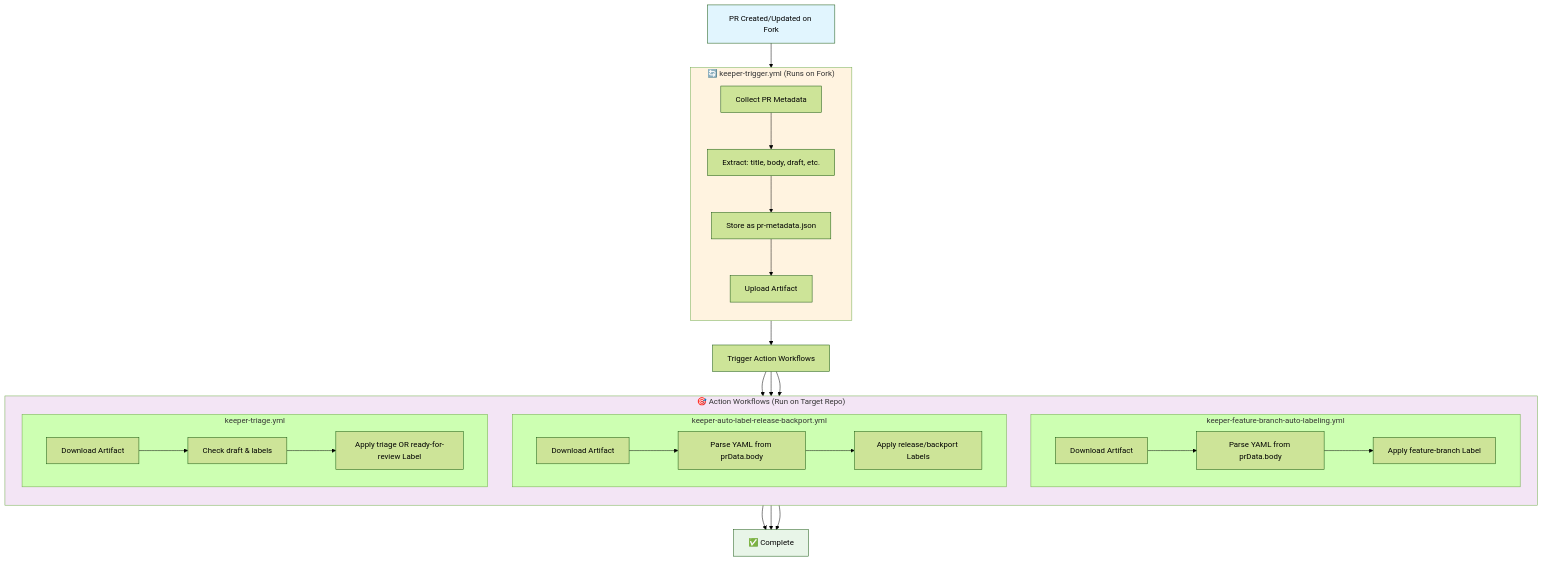
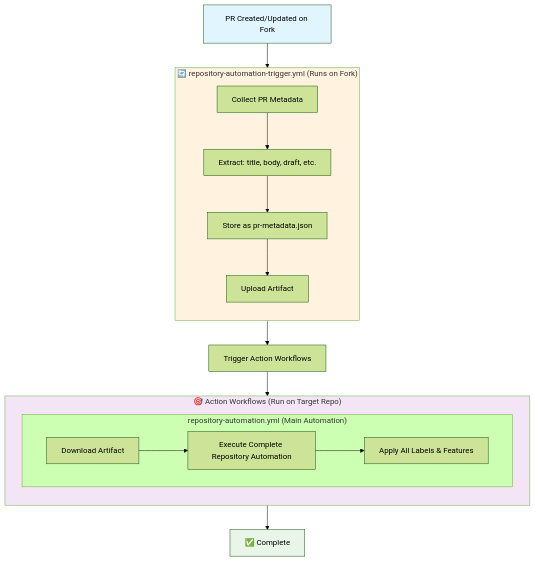
The seventh of 7 diagrams in README.md (thenets/repo-automation), drawn with Mermaid (forest theme) before and after one commit. The commit also changed other lines of this file, not shown here.

````diff
--- a/README.md
+++ b/README.md
@@ -432,43 +460,31 @@
 ```mermaid
 flowchart TD
     A[PR Created/Updated on Fork] --> FT
     
-    subgraph FT ["🔄 keeper-trigger.yml (Runs on Fork)"]
+    subgraph FT ["🔄 repository-automation-trigger.yml (Runs on Fork)"]
         direction TB
         B[Collect PR Metadata]
         C[Extract: title, body, draft, etc.]
         D[Store as pr-metadata.json]
         E[Upload Artifact]
         B --> C --> D --> E
     end
     
     FT --> TG[Trigger Action Workflows]
     
     subgraph AW ["🎯 Action Workflows (Run on Target Repo)"]
         direction TB
-        subgraph FB ["keeper-feature-branch-auto-labeling.yml"]
-            F1[Download Artifact] --> F2[Parse YAML from prData.body] --> F3[Apply feature-branch Label]
-        end
-        
-        subgraph RB ["keeper-auto-label-release-backport.yml"]
-            R1[Download Artifact] --> R2[Parse YAML from prData.body] --> R3[Apply release/backport Labels]
-        end
-        
-        subgraph UT ["keeper-triage.yml"]
-            U1[Download Artifact] --> U2[Check draft & labels] --> U3[Apply triage OR ready-for-review Label]
+        subgraph MA ["repository-automation.yml (Main Automation)"]
+            M1[Download Artifact] --> M2[Execute Complete Repository Automation] --> M3[Apply All Labels & Features]
         end
     end
     
-    TG --> FB
-    TG --> RB  
-    TG --> UT
+    TG --> MA
     
-    FB --> Z[✅ Complete]
-    RB --> Z
-    UT --> Z
+    MA --> Z[✅ Complete]
     
     style A fill:#e1f5fe
     style FT fill:#fff3e0
     style AW fill:#f3e5f5
     style Z fill:#e8f5e8
 ```
````
